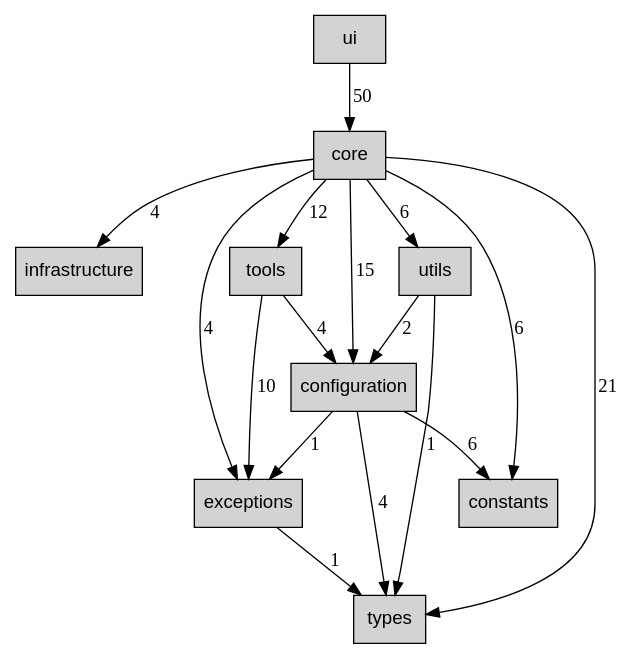
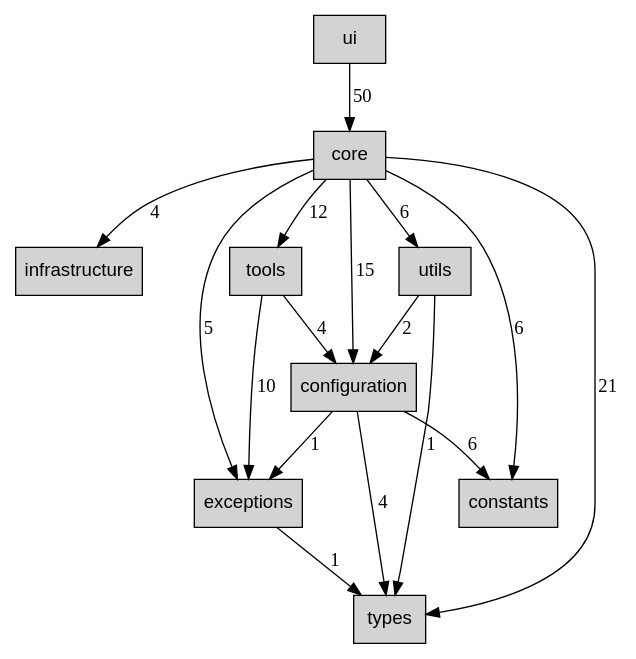
One commit to ryumacodes/tunacode changed the diagram in docs/architecture/dependencies/DEPENDENCY_LAYERS.dot. Above: the diagram before and after it, drawn with Graphviz. The commit also changed 8 other files, not shown here.

```diff
--- a/docs/architecture/dependencies/DEPENDENCY_LAYERS.dot
+++ b/docs/architecture/dependencies/DEPENDENCY_LAYERS.dot
@@ -1,31 +1,31 @@
 digraph tunacode_layers {
   rankdir=TB;
   node [shape=box, style=filled, fontname=Arial];
 
   ui [label="ui"];
   core [label="core"];
   infrastructure [label="infrastructure"];
   tools [label="tools"];
   utils [label="utils"];
   configuration [label="configuration"];
   constants [label="constants"];
   exceptions [label="exceptions"];
   types [label="types"];
 
   configuration -> constants [label="6"];
   configuration -> exceptions [label="1"];
   configuration -> types [label="4"];
   core -> configuration [label="15"];
   core -> constants [label="6"];
-  core -> exceptions [label="4"];
+  core -> exceptions [label="5"];
   core -> infrastructure [label="4"];
   core -> tools [label="12"];
   core -> types [label="21"];
   core -> utils [label="6"];
   exceptions -> types [label="1"];
   tools -> configuration [label="4"];
   tools -> exceptions [label="10"];
   ui -> core [label="50"];
   utils -> configuration [label="2"];
   utils -> types [label="1"];
 }
```
